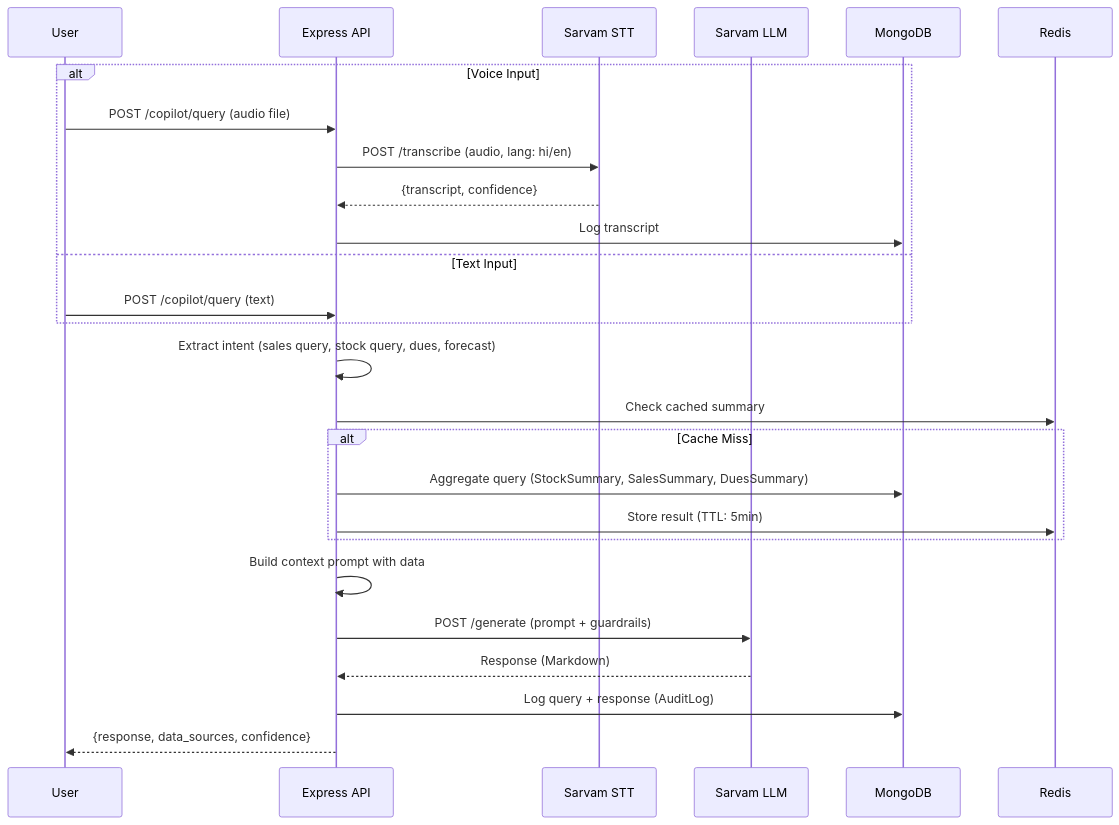
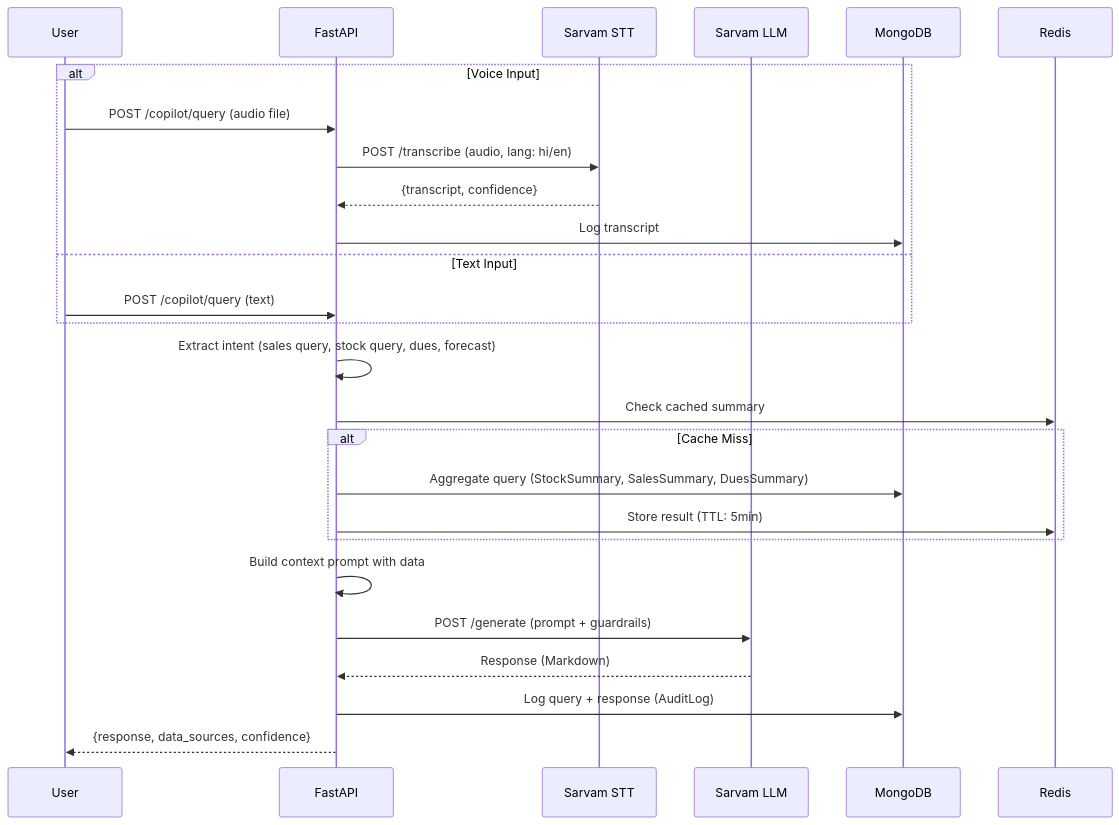
One commit to rishav-dev-verma/ai-msme changed the fourth of 4 diagrams in design.md. Above: the diagram before and after it, drawn with Mermaid. The commit also changed other lines of this file, not shown here.

````diff
--- a/design.md
+++ b/design.md
@@ -218,33 +226,33 @@
 ```mermaid
 sequenceDiagram
     participant U as User
-    participant API as Express API
+    participant API as FastAPI
     participant STT as Sarvam STT
     participant LLM as Sarvam LLM
     participant DB as MongoDB
     participant Cache as Redis
     
     alt Voice Input
         U->>API: POST /copilot/query (audio file)
         API->>STT: POST /transcribe (audio, lang: hi/en)
         STT-->>API: {transcript, confidence}
         API->>DB: Log transcript
     else Text Input
         U->>API: POST /copilot/query (text)
     end
     
     API->>API: Extract intent (sales query, stock query, dues, forecast)
     
     API->>Cache: Check cached summary
     alt Cache Miss
         API->>DB: Aggregate query (StockSummary, SalesSummary, DuesSummary)
         API->>Cache: Store result (TTL: 5min)
     end
     
     API->>API: Build context prompt with data
     API->>LLM: POST /generate (prompt + guardrails)
     LLM-->>API: Response (Markdown)
     
     API->>DB: Log query + response (AuditLog)
     API-->>U: {response, data_sources, confidence}
 ```
````
